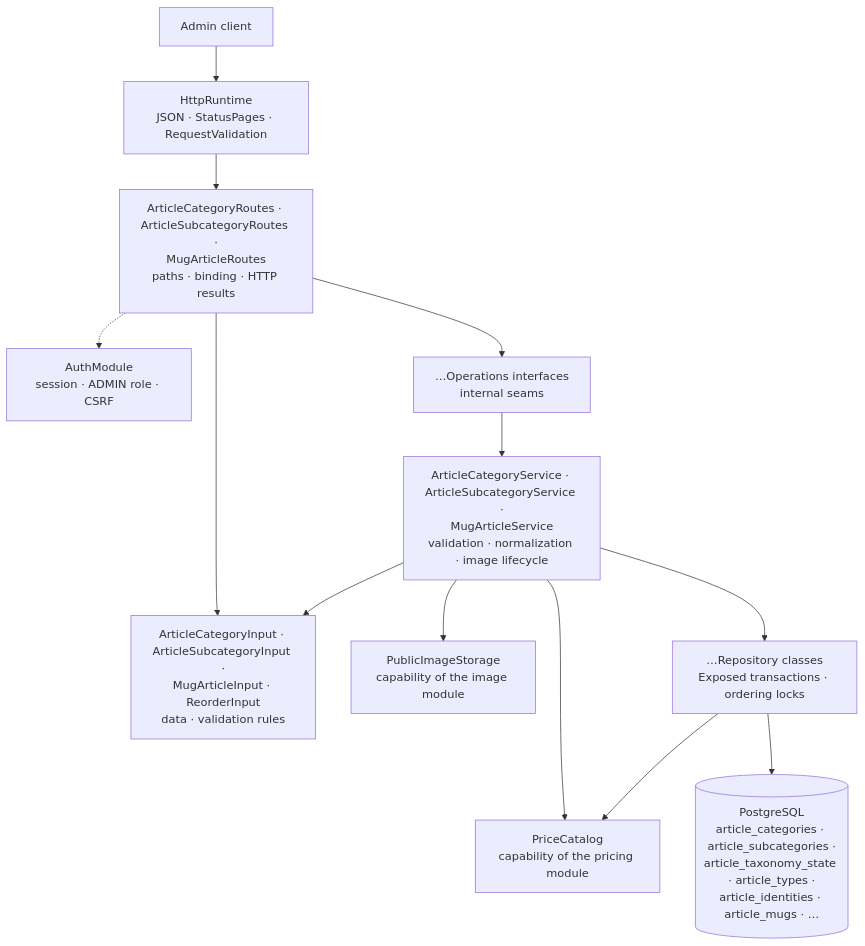
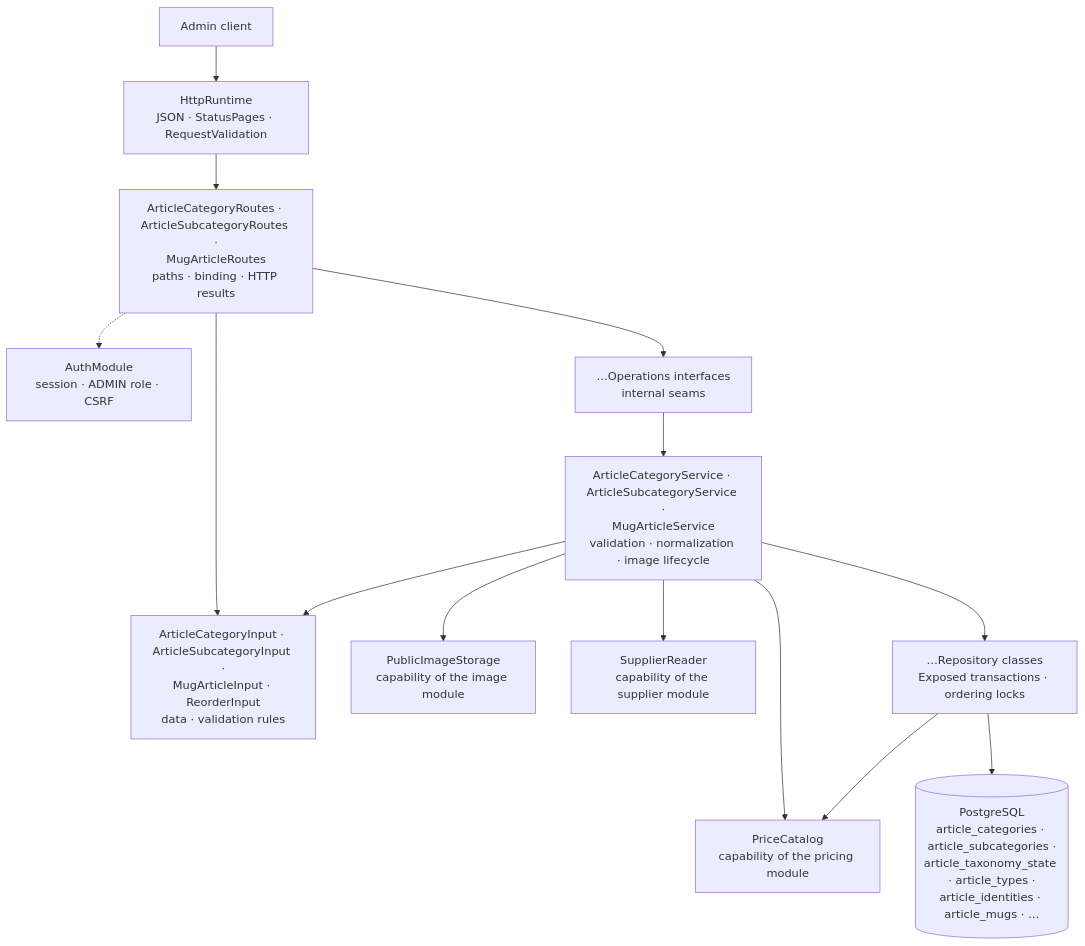
Before and after one commit to bitstorm-tech/voenix-shop-kotlin: the diagram in docs/dev/backend/article-package.md, drawn with Mermaid. The commit also changed other lines of this file and 18 other files, not shown here.

````diff
--- a/docs/dev/backend/article-package.md
+++ b/docs/dev/backend/article-package.md
@@ -40,26 +40,28 @@
 ```mermaid
 flowchart TB
     Client["Admin client"]
     Http["HttpRuntime<br/>JSON · StatusPages · RequestValidation"]
     Auth["AuthModule<br/>session · ADMIN role · CSRF"]
     Routes["ArticleCategoryRoutes · ArticleSubcategoryRoutes ·<br/>MugArticleRoutes<br/>paths · binding · HTTP results"]
     Input["ArticleCategoryInput · ArticleSubcategoryInput ·<br/>MugArticleInput · ReorderInput<br/>data · validation rules"]
     Operations["…Operations interfaces<br/>internal seams"]
     Service["ArticleCategoryService · ArticleSubcategoryService ·<br/>MugArticleService<br/>validation · normalization · image lifecycle"]
     Images["PublicImageStorage<br/>capability of the image module"]
     Prices["PriceCatalog<br/>capability of the pricing module"]
+    Suppliers["SupplierReader<br/>capability of the supplier module"]
     Repository["…Repository classes<br/>Exposed transactions · ordering locks"]
     Database[("PostgreSQL<br/>article_categories · article_subcategories ·<br/>article_taxonomy_state · article_types ·<br/>article_identities · article_mugs · …")]
 
     Client --> Http --> Routes
     Routes -.-> Auth
     Routes --> Input
     Routes --> Operations
     Operations --> Service
     Service --> Input
     Service --> Images
     Service --> Prices
+    Service --> Suppliers
     Service --> Repository
     Repository --> Prices
     Repository --> Database
 ```
````
